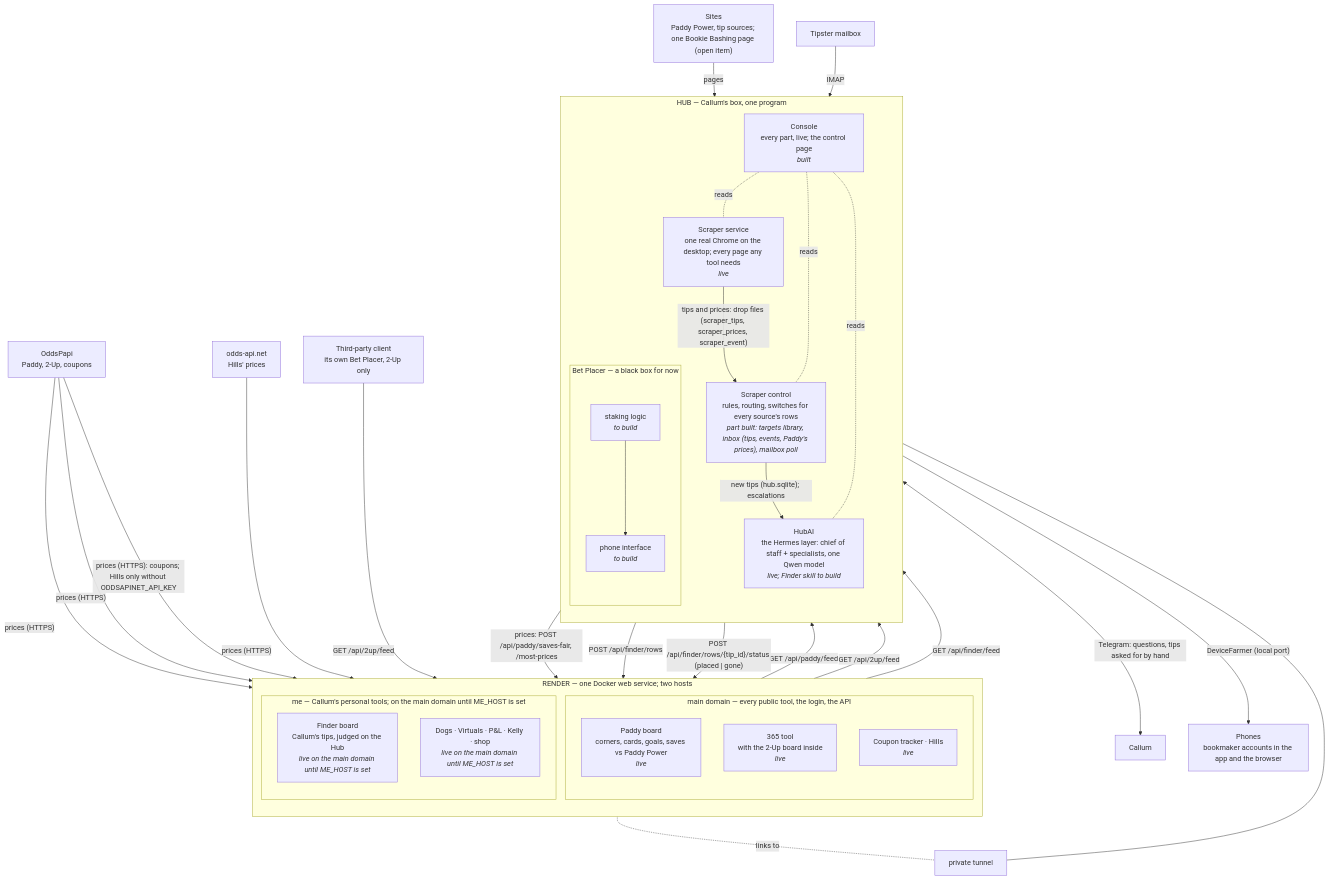
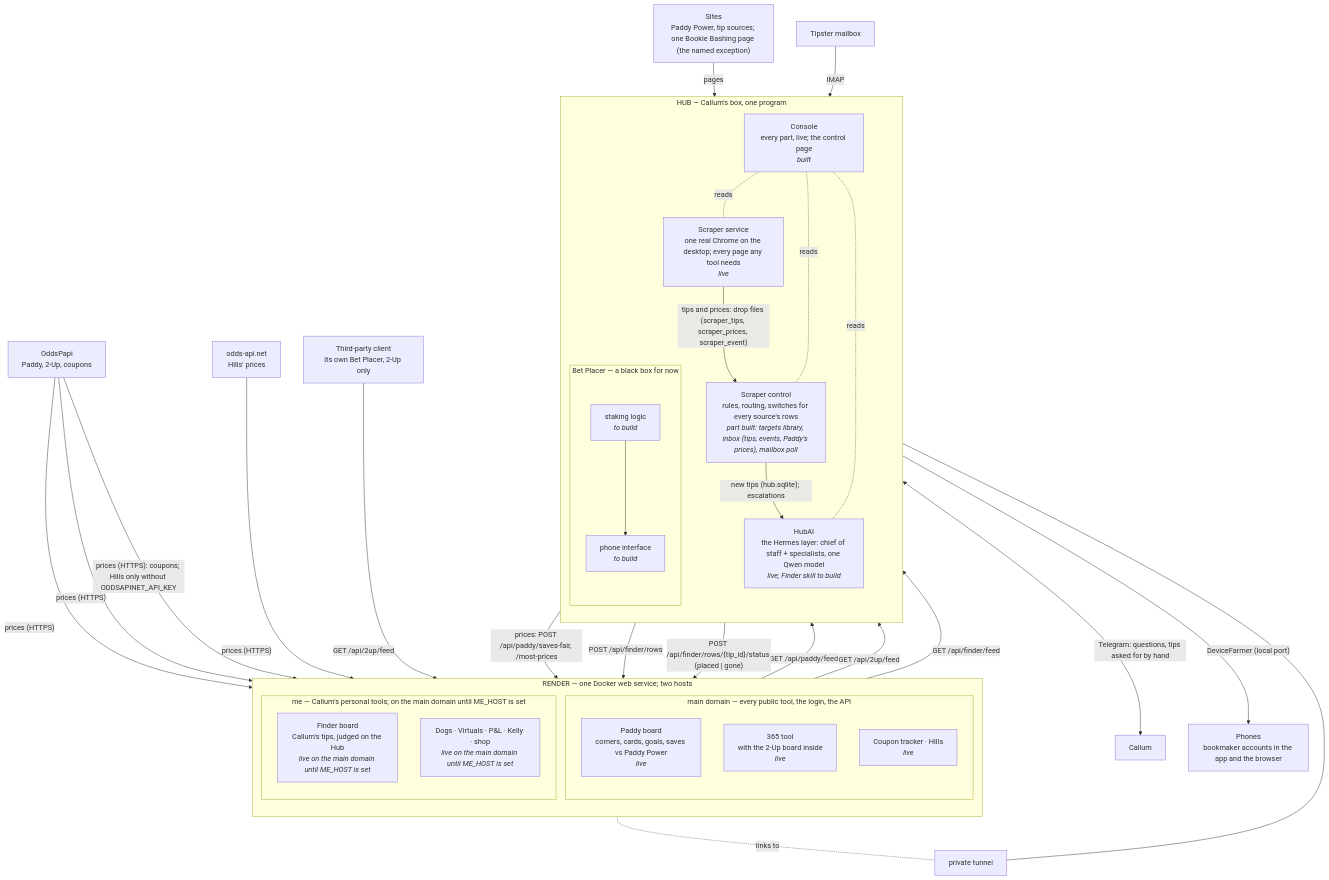
The diagram in docs/architecture.md (CMclarty/puntmore), drawn with Mermaid before and after one commit. The commit also changed 10 other files, not shown here.

First line of the commit message:
Register: bb-saves stays as the one named Bookie Bashing exception

````diff
--- a/docs/architecture.md
+++ b/docs/architecture.md
@@ -14,53 +14,53 @@
 ```mermaid
 flowchart TB
   subgraph RENDER["RENDER — one Docker web service; two hosts"]
     direction TB
     subgraph MAIN["main domain — every public tool, the login, the API"]
       PADDY["Paddy board<br/>corners, cards, goals, saves vs Paddy Power<br/><i>live</i>"]
       T365["365 tool<br/>with the 2-Up board inside<br/><i>live</i>"]
       PUB["Coupon tracker · Hills<br/><i>live</i>"]
     end
     subgraph ME["me — Callum's personal tools; on the main domain until ME_HOST is set"]
       FINDER["Finder board<br/>Callum's tips, judged on the Hub<br/><i>live on the main domain until ME_HOST is set</i>"]
       PERS["Dogs · Virtuals · P&amp;L · Kelly · shop<br/><i>live on the main domain until ME_HOST is set</i>"]
     end
   end
 
   ODDS["OddsPapi<br/>Paddy, 2-Up, coupons"] -- "prices (HTTPS)" --> PADDY
   ODDS -- "prices (HTTPS)" --> T365
   ODDS -- "prices (HTTPS): coupons; Hills only without ODDSAPINET_API_KEY" --> PUB
   OAN["odds-api.net<br/>Hills' prices"] -- "prices (HTTPS)" --> PUB
 
   subgraph HUB["HUB — Callum's box, one program"]
     direction TB
     SVC["Scraper service<br/>one real Chrome on the desktop; every page any tool needs<br/><i>live</i>"]
     CTRL["Scraper control<br/>rules, routing, switches for every source's rows<br/><i>part built: targets library, inbox (tips, events, Paddy's prices), mailbox poll</i>"]
     HUBAI["HubAI<br/>the Hermes layer: chief of staff + specialists, one Qwen model<br/><i>live; Finder skill to build</i>"]
     subgraph PLACER["Bet Placer — a black box for now"]
       STAKE["staking logic<br/><i>to build</i>"]
       PHONEIF["phone interface<br/><i>to build</i>"]
     end
     CONSOLE["Console<br/>every part, live; the control page<br/><i>built</i>"]
   end
 
-  SITES["Sites<br/>Paddy Power, tip sources; one Bookie Bashing page (open item)"] -- "pages" --> SVC
+  SITES["Sites<br/>Paddy Power, tip sources; one Bookie Bashing page (the named exception)"] -- "pages" --> SVC
   MAILBOX["Tipster mailbox"] -- "IMAP" --> CTRL
   SVC -- "tips and prices: drop files (scraper_tips, scraper_prices, scraper_event)" --> CTRL
   CTRL -- "prices: POST /api/paddy/saves-fair, /most-prices" --> PADDY
   CTRL -- "new tips (hub.sqlite); escalations" --> HUBAI
   HUBAI -- "POST /api/finder/rows" --> FINDER
   HUBAI <-->|"Telegram: questions, tips asked for by hand"| CALLUM["Callum"]
   PADDY -- "GET /api/paddy/feed" --> STAKE
   T365 -- "GET /api/2up/feed" --> STAKE
   FINDER -- "GET /api/finder/feed" --> STAKE
   STAKE --> PHONEIF
   PHONEIF -- "DeviceFarmer (local port)" --> PHONES["Phones<br/>bookmaker accounts in the app and the browser"]
   PLACER -- "POST /api/finder/rows/{tip_id}/status (placed | gone)" --> FINDER
   CONSOLE -. "reads" .- SVC
   CONSOLE -. "reads" .- CTRL
   CONSOLE -. "reads" .- HUBAI
   TUNNEL["private tunnel"] --- CONSOLE
   ME -. "links to" .- TUNNEL
 
   THIRD["Third-party client<br/>its own Bet Placer, 2-Up only"] -- "GET /api/2up/feed" --> T365
 ```
````
